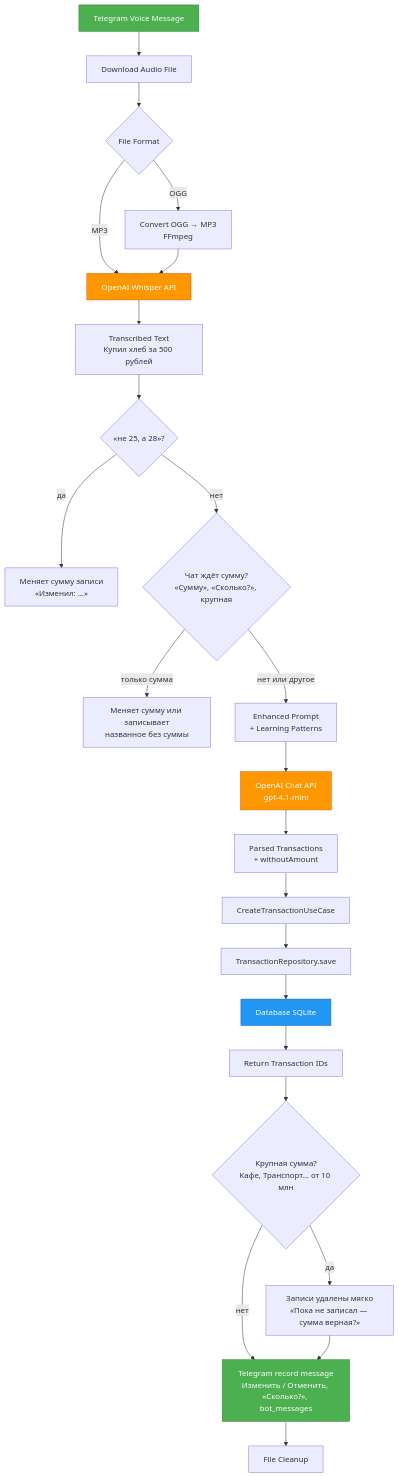
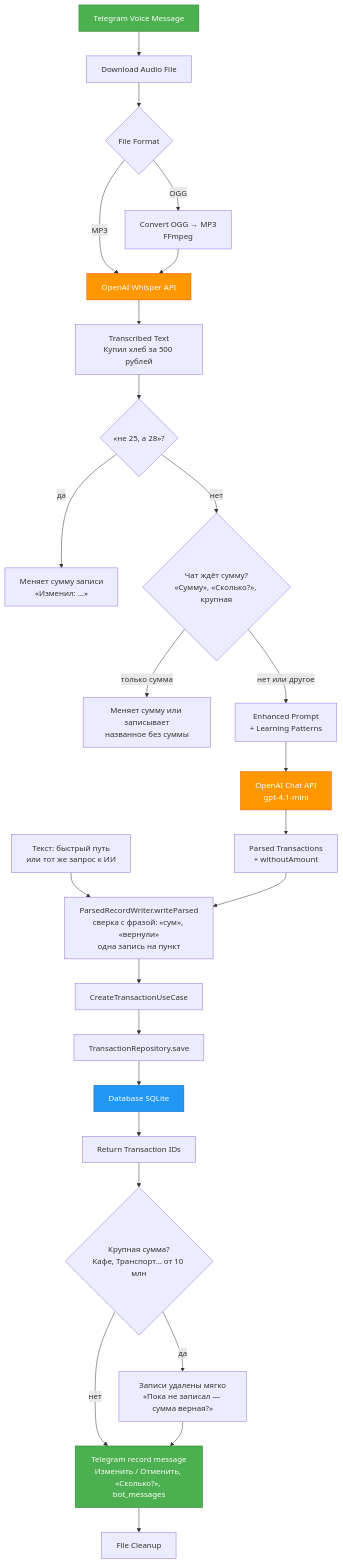
The diagram in docs/knowledge-base/07-data-flow/voice-to-transaction.md (chollak/finance-tracker-backend), drawn with Mermaid before and after one commit. The commit also changed other lines of this file and 2 other files, not shown here.

Commit message:
docs(capture): one record writer for text and voice in the flow docs (#301)

````diff
--- a/docs/knowledge-base/07-data-flow/voice-to-transaction.md
+++ b/docs/knowledge-base/07-data-flow/voice-to-transaction.md
@@ -29,31 +29,33 @@
 ```mermaid
 flowchart TD
     A[Telegram Voice Message] --> B[Download Audio File]
     B --> C{File Format}
     C -->|OGG| D[Convert OGG → MP3<br/>FFmpeg]
     C -->|MP3| E[OpenAI Whisper API]
     D --> E
     E --> F[Transcribed Text<br/>Купил хлеб за 500 рублей]
     F --> F0{«не 25, а 28»?}
     F0 -->|да| F3[Меняет сумму записи<br/>«Изменил: …»]
     F0 -->|нет| F1{Чат ждёт сумму?<br/>«Сумму», «Сколько?», крупная}
     F1 -->|только сумма| F2[Меняет сумму или записывает<br/>названное без суммы]
     F1 -->|нет или другое| G[Enhanced Prompt<br/>+ Learning Patterns]
     G --> H[OpenAI Chat API<br/>gpt-4.1-mini]
     H --> I[Parsed Transactions<br/>+ withoutAmount]
-    I --> M[CreateTransactionUseCase]
+    T[Текст: быстрый путь<br/>или тот же запрос к ИИ] --> W
+    I --> W[ParsedRecordWriter.writeParsed<br/>сверка с фразой: «сум», «вернули»<br/>одна запись на пункт]
+    W --> M[CreateTransactionUseCase]
     M --> O[TransactionRepository.save]
     O --> P[Database SQLite]
     P --> Q[Return Transaction IDs]
     Q --> J{Крупная сумма?<br/>Кафе, Транспорт… от 10 млн}
     J -->|да| L[Записи удалены мягко<br/>«Пока не записал — сумма верная?»]
     J -->|нет| R[Telegram record message<br/>Изменить / Отменить, «Сколько?», bot_messages]
     L --> R
     R --> S[File Cleanup]
 
     style A fill:#4CAF50,stroke:#2E7D32,color:#fff
     style E fill:#FF9800,stroke:#E65100,color:#fff
     style H fill:#FF9800,stroke:#E65100,color:#fff
     style P fill:#2196F3,stroke:#1565C0,color:#fff
     style R fill:#4CAF50,stroke:#2E7D32,color:#fff
 ```
````
